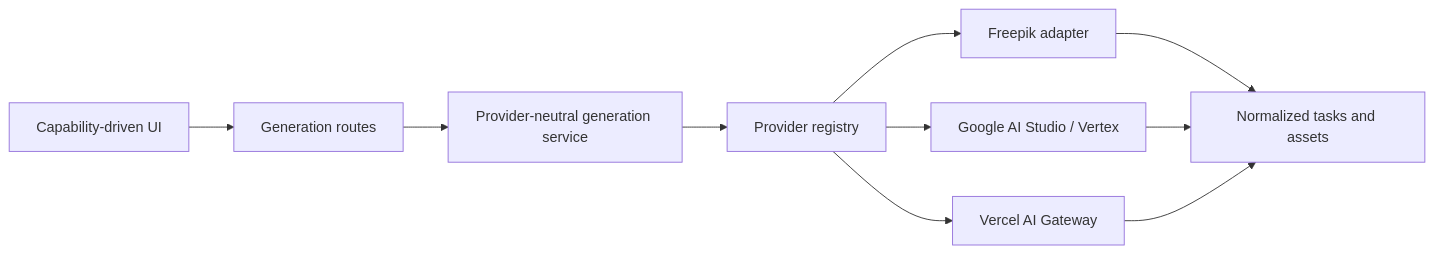
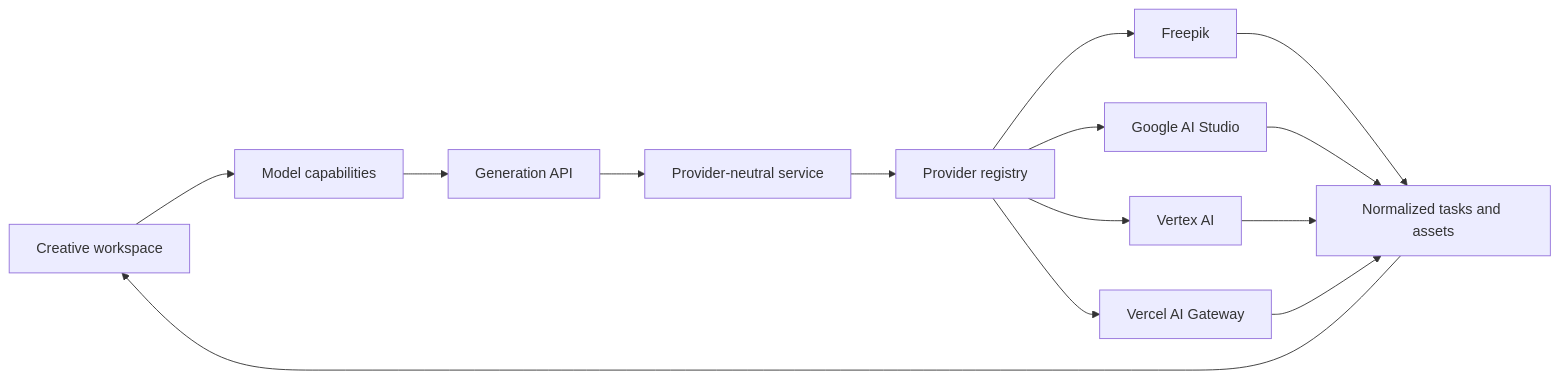
Before and after one commit to TechBeme/open-higgsfield: the diagram in README.md, drawn with Mermaid. The commit also changed other lines of this file and 3 other files, not shown here.

````diff
--- a/README.md
+++ b/README.md
@@ -126,12 +105,16 @@
 ```mermaid
 flowchart LR
-    UI[Capability-driven UI] --> API[Generation routes]
-    API --> SERVICE[Provider-neutral generation service]
-    SERVICE --> REGISTRY[Provider registry]
-    REGISTRY --> FREEPIK[Freepik adapter]
-    REGISTRY --> GOOGLE[Google AI Studio / Vertex]
-    REGISTRY --> GATEWAY[Vercel AI Gateway]
-    FREEPIK --> TASKS[Normalized tasks and assets]
-    GOOGLE --> TASKS
-    GATEWAY --> TASKS
+    U[Creative workspace] --> C[Model capabilities]
+    C --> A[Generation API]
+    A --> S[Provider-neutral service]
+    S --> R[Provider registry]
+    R --> F[Freepik]
+    R --> G[Google AI Studio]
+    R --> V[Vertex AI]
+    R --> W[Vercel AI Gateway]
+    F --> T[Normalized tasks and assets]
+    G --> T
+    V --> T
+    W --> T
+    T --> U
 ```
````
